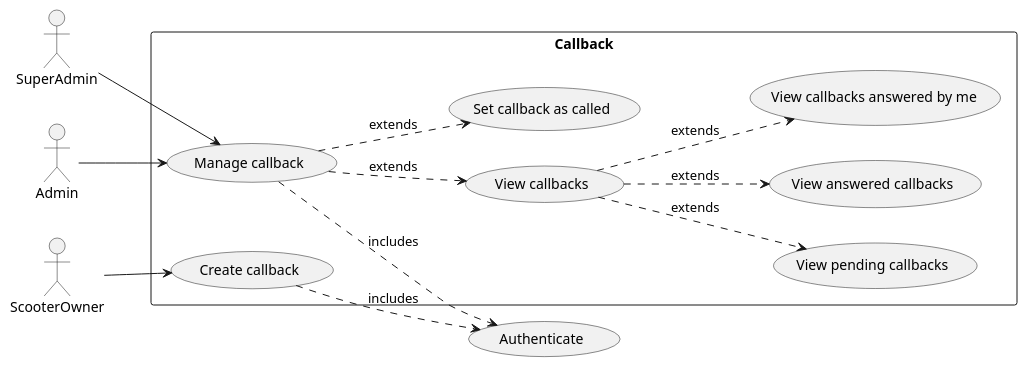
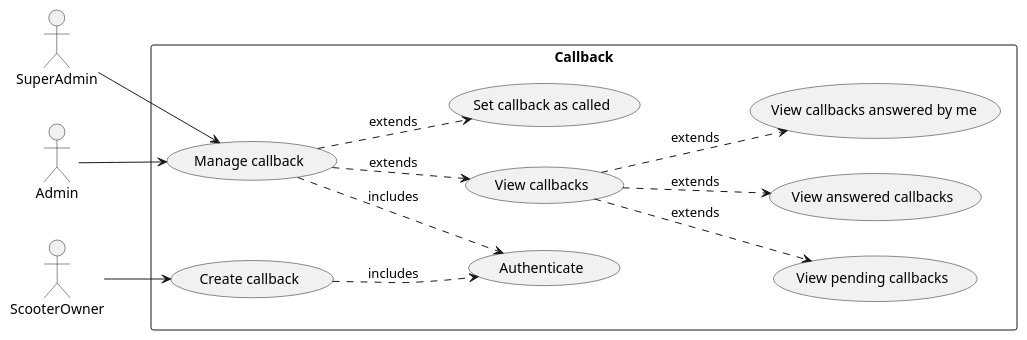
The diagram in rapport/use_case/callback_use_case.wsd (smurfsDev/pixii-project), drawn with PlantUML before and after one commit. The commit also changed other lines of this file and 2 other files, not shown here.

Commit message:
add dashboards diagrams

```diff
--- a/rapport/use_case/callback_use_case.wsd
+++ b/rapport/use_case/callback_use_case.wsd
@@ -1,37 +1,37 @@
 @startuml callbacks_use_case
 left to right direction
 skinparam packageStyle rect
 skinparam shadowing false
 
 actor SuperAdmin as sa
 actor Admin as a
 actor ScooterOwner as so
 
 
 
 package Callback  {
 	( Create callback ) as cc
 	( Manage callback ) as mc
 	( View callbacks ) as vc
 	( View pending callbacks ) as vpc
 	( View answered callbacks ) as vcc
 	( View callbacks answered by me ) as vcam
 	( Set callback as called ) as scc
 	 mc ..> vc : extends
 	 mc ..> scc : extends
 	 vc ..> vpc : extends
 	 vc ..> vcc : extends
 	 vc ..> vcam : extends
+( Authenticate ) as auth
 }
 
-( Authenticate ) as auth
 
 so --> cc
 a --> mc
 sa --> mc
 
 cc ..> auth : includes
 mc ..> auth : includes
 
 
 @enduml
```
